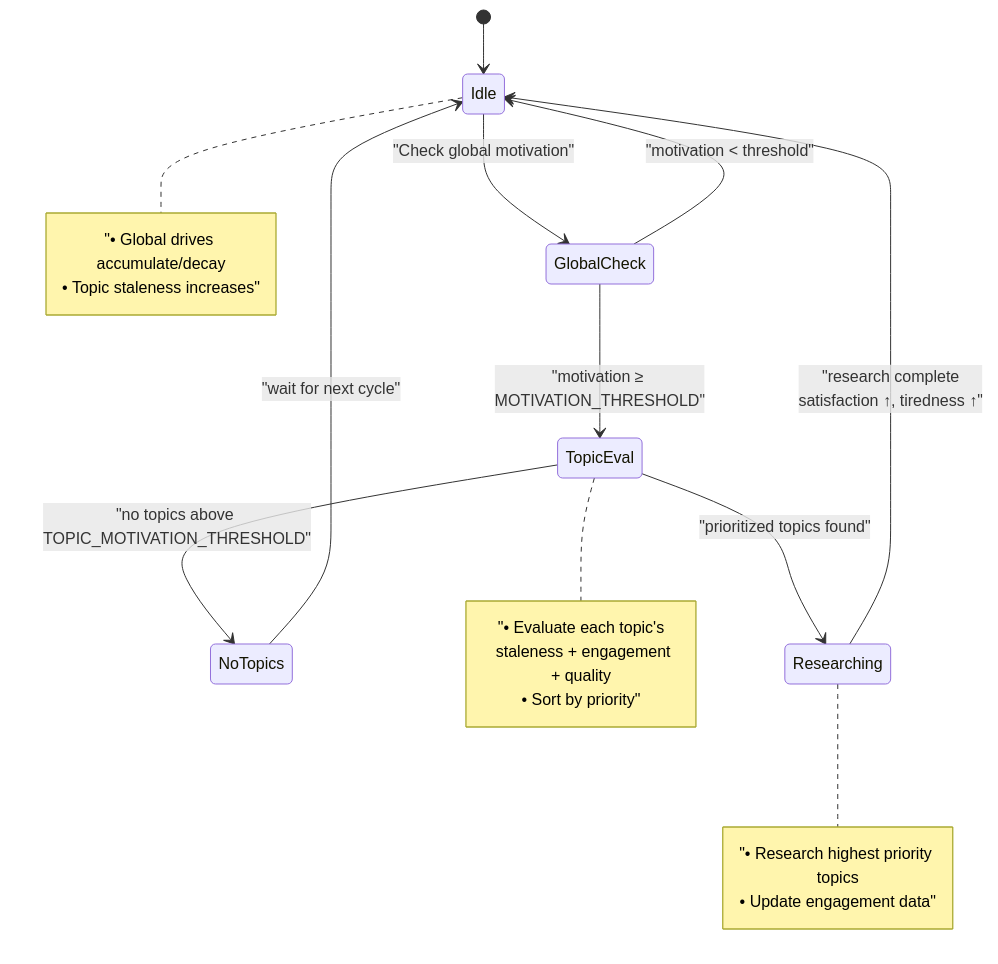
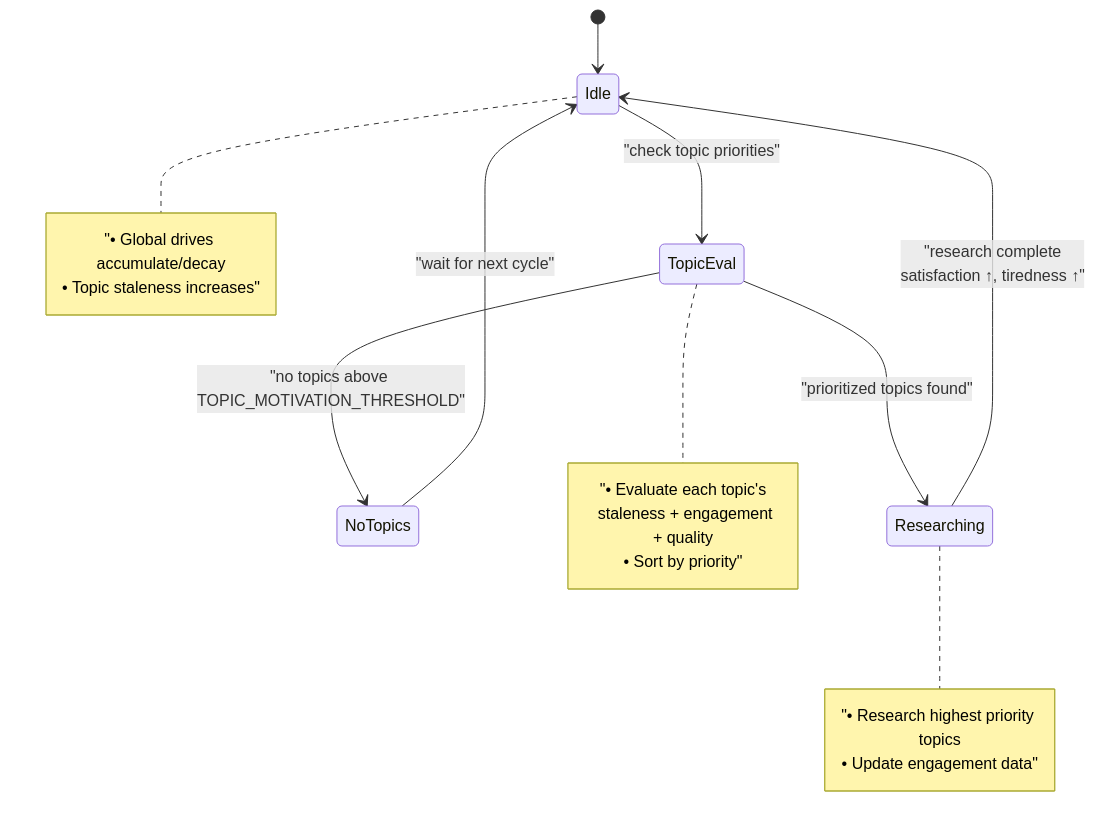
One commit to iCog-Labs-Dev/researcher-prototype changed the first of 2 diagrams in docs/research_engine.md. Above: the diagram before and after it, drawn with Mermaid. The commit also changed other lines of this file and 2 other files, not shown here.

Commit message:
docs: update motivation docs to per-topic model and loop ownership

````diff
--- a/docs/research_engine.md
+++ b/docs/research_engine.md
@@ -117,15 +104,13 @@
 ```mermaid
 stateDiagram-v2
     [*] --> Idle
-    Idle --> GlobalCheck : "Check global motivation"
-    GlobalCheck --> Idle : "motivation < threshold"
-    GlobalCheck --> TopicEval : "motivation ≥ MOTIVATION_THRESHOLD"
+    Idle --> TopicEval : "check topic priorities"
     TopicEval --> NoTopics : "no topics above TOPIC_MOTIVATION_THRESHOLD"
     TopicEval --> Researching : "prioritized topics found"
     NoTopics --> Idle : "wait for next cycle"
     Researching --> Idle : "research complete<br/>satisfaction ↑, tiredness ↑"
     
     note right of Idle : "• Global drives accumulate/decay<br/>• Topic staleness increases"
     note right of TopicEval : "• Evaluate each topic's<br/>  staleness + engagement + quality<br/>• Sort by priority"
     note right of Researching : "• Research highest priority topics<br/>• Update engagement data"
 ```
````
